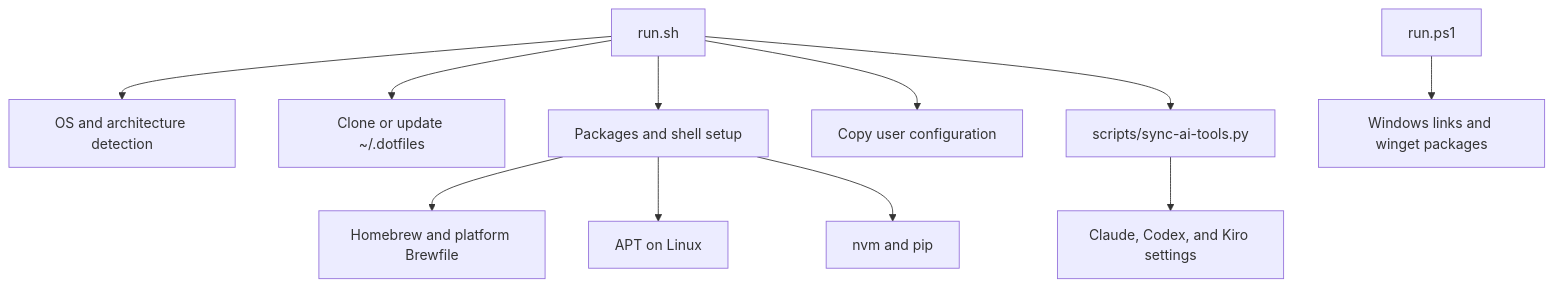
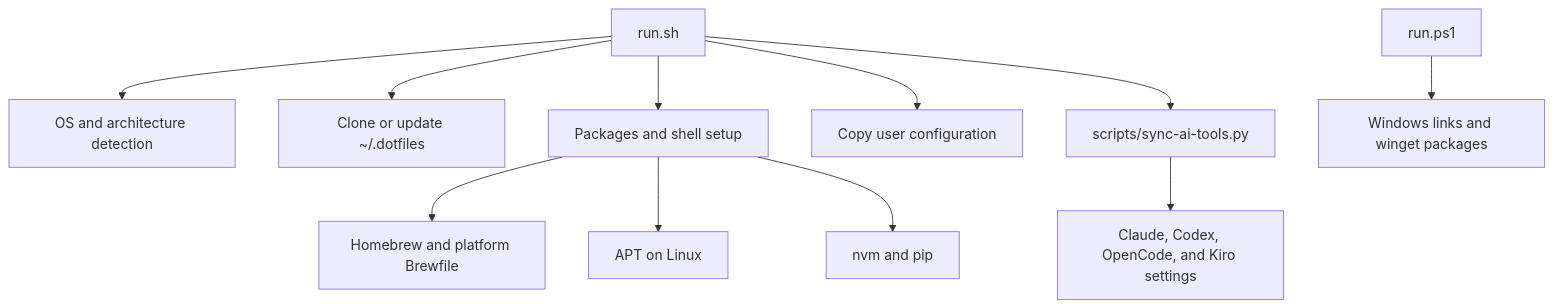
One commit to nalbam/dotfiles changed the diagram in docs/ARCHITECTURE.md. Above: the diagram before and after it, drawn with Mermaid. The commit also changed other lines of this file and 30 other files, not shown here.

First line of the commit message:
feat: generate and deploy OpenCode instructions, subagents, and skills

````diff
--- a/docs/ARCHITECTURE.md
+++ b/docs/ARCHITECTURE.md
@@ -19,13 +19,13 @@
 ```mermaid
 flowchart TD
     A[run.sh] --> B[OS and architecture detection]
     A --> C[Clone or update ~/.dotfiles]
     A --> D[Packages and shell setup]
     A --> E[Copy user configuration]
     A --> F[scripts/sync-ai-tools.py]
     D --> G[Homebrew and platform Brewfile]
     D --> H[APT on Linux]
     D --> I[nvm and pip]
-    F --> J[Claude, Codex, and Kiro settings]
+    F --> J[Claude, Codex, OpenCode, and Kiro settings]
     K[run.ps1] --> L[Windows links and winget packages]
 ```
````
